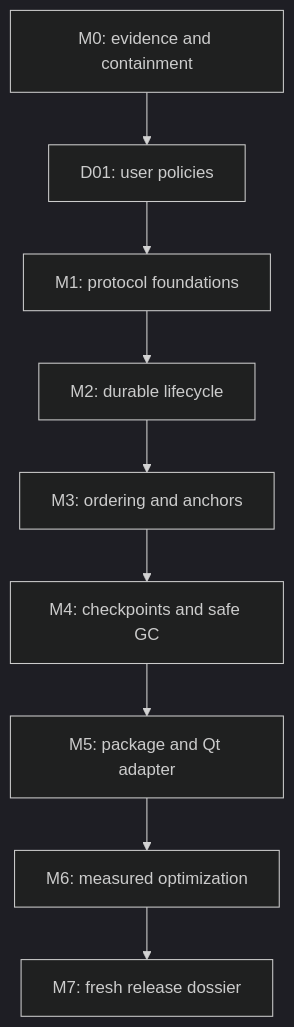
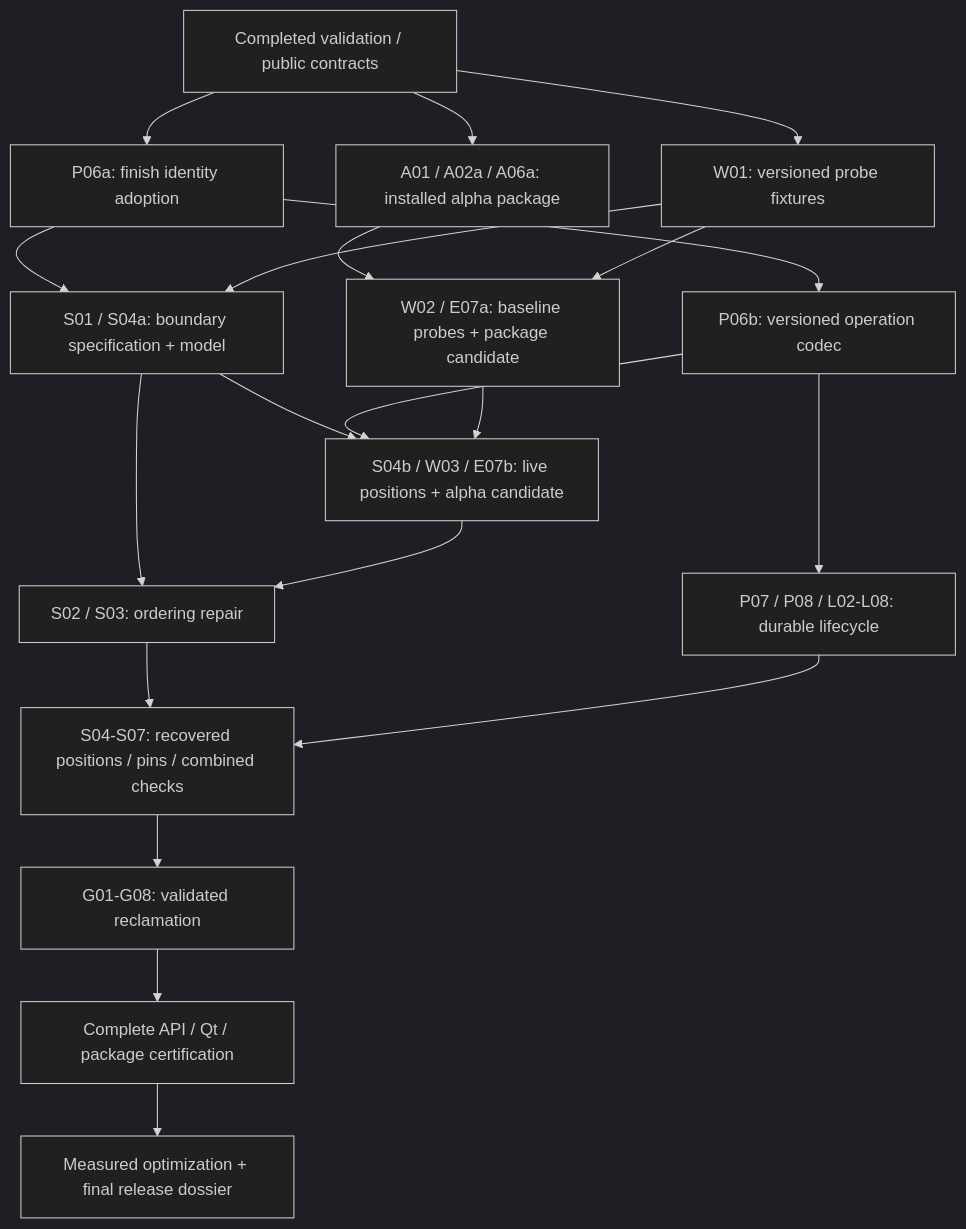
Before and after one commit to clintonthegeek/collabtext: the diagram in docs/roadmap/2026-10-reliability/README.md, drawn with Mermaid (dark theme). The commit also changed other lines of this file and 16 other files, not shown here.

Commit message:
docs(roadmap): advance consumer packaging and scoped position gates

````diff
--- a/docs/roadmap/2026-10-reliability/README.md
+++ b/docs/roadmap/2026-10-reliability/README.md
@@ -34,11 +38,22 @@
 ```mermaid
 flowchart TD
-    V["M0: evidence and containment"] --> D["D01: user policies"]
-    D --> P["M1: protocol foundations"]
-    P --> L["M2: durable lifecycle"]
-    L --> S["M3: ordering and anchors"]
-    S --> G["M4: checkpoints and safe GC"]
-    G --> A["M5: package and Qt adapter"]
-    A --> X["M6: measured optimization"]
-    X --> E["M7: fresh release dossier"]
+    V["Completed validation / public contracts"] --> P["P06a: finish identity adoption"]
+    V --> A["A01 / A02a / A06a: installed alpha package"]
+    V --> W["W01: versioned probe fixtures"]
+    A --> B["W02 / E07a: baseline probes + package candidate"]
+    W --> B
+    P --> D["S01 / S04a: boundary specification + model"]
+    W --> D
+    P --> C["P06b: versioned operation codec"]
+    D --> S["S04b / W03 / E07b: live positions + alpha candidate"]
+    C --> S
+    B --> S
+    D --> O["S02 / S03: ordering repair"]
+    S --> O
+    C --> L["P07 / P08 / L02-L08: durable lifecycle"]
+    O --> R["S04-S07: recovered positions / pins / combined checks"]
+    L --> R
+    R --> G["G01-G08: validated reclamation"]
+    G --> F["Complete API / Qt / package certification"]
+    F --> X["Measured optimization + final release dossier"]
 ```
````
